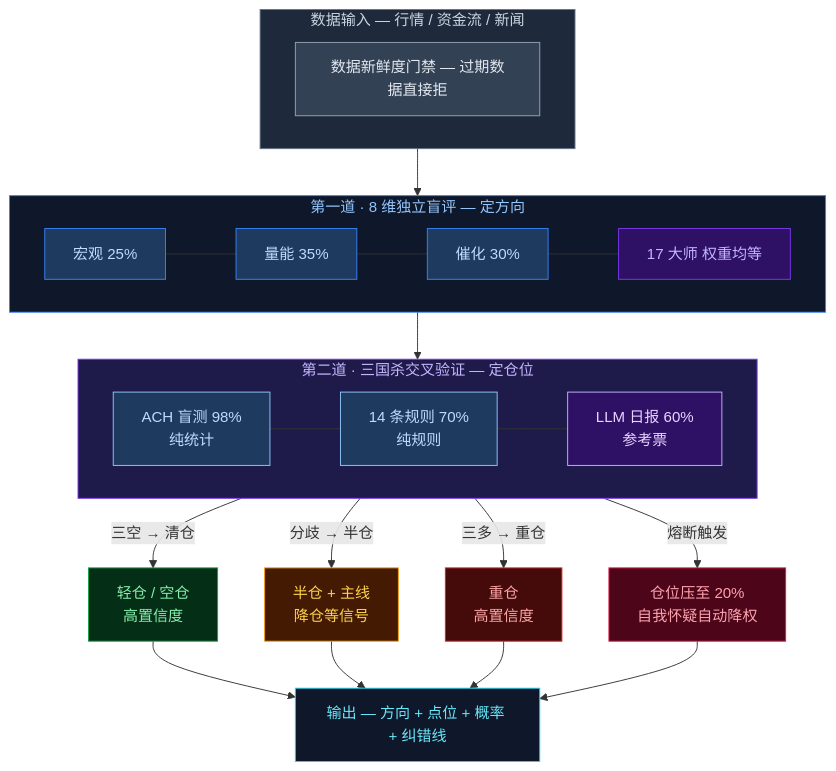
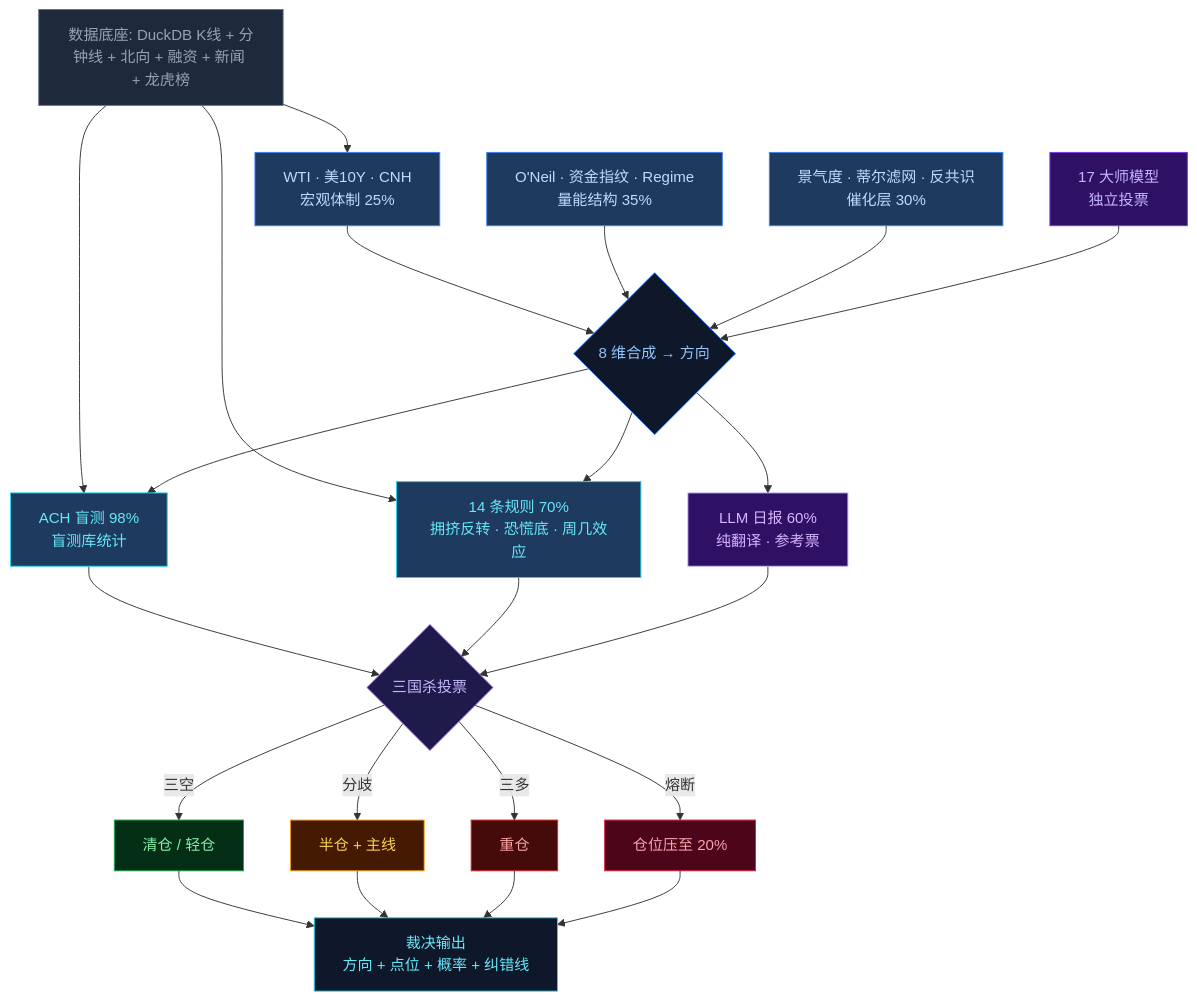
Before and after one commit to ZHENchenghao/tianyan-stock-multiagent: the second of 3 diagrams in README.md, drawn with Mermaid.

Commit message:
架构图平铺+标注数据源

````diff
--- a/README.md
+++ b/README.md
@@ -69,45 +69,59 @@
 ```mermaid
 graph TB
-    subgraph INPUT["数据输入 — 行情 / 资金流 / 新闻"]
-        D0["数据新鲜度门禁 — 过期数据直接拒"]
-    end
+    D0["数据底座: DuckDB K线 + 分钟线 + 北向 + 融资 + 新闻 + 龙虎榜"]
 
-    subgraph L1["第一道 · 8 维独立盲评 — 定方向"]
-        direction LR
-        D1["宏观 25%"] --- D2["量能 35%"] --- D3["催化 30%"] --- D4["17 大师 权重均等"]
-    end
+    D1["WTI · 美10Y · CNH<br/>宏观体制 25%"]
+    D2["O'Neil · 资金指纹 · Regime<br/>量能结构 35%"]
+    D3["景气度 · 蒂尔滤网 · 反共识<br/>催化层 30%"]
+    D4["17 大师模型<br/>独立投票"]
 
-    subgraph L2["第二道 · 三国杀交叉验证 — 定仓位"]
-        direction LR
-        V1["ACH 盲测 98%<br/>纯统计"] --- V2["14 条规则 70%<br/>纯规则"] --- V3["LLM 日报 60%<br/>参考票"]
-    end
+    V1["ACH 盲测 98%<br/>盲测库统计"]
+    V2["14 条规则 70%<br/>拥挤反转 · 恐慌底 · 周几效应"]
+    V3["LLM 日报 60%<br/>纯翻译 · 参考票"]
 
-    INPUT --> L1 --> L2
+    D1 --> E
+    D2 --> E
+    D3 --> E
+    D4 --> E
+    D0 --> D1
+    D0 --> V1
+    D0 --> V2
 
-    L2 -->|"三空 → 清仓"| OUT_LIGHT["轻仓 / 空仓<br/>高置信度"]
-    L2 -->|"分歧 → 半仓"| OUT_HALF["半仓 + 主线<br/>降仓等信号"]
-    L2 -->|"三多 → 重仓"| OUT_HEAVY["重仓<br/>高置信度"]
-    L2 -->|"熔断触发"| FUSE["仓位压至 20%<br/>自我怀疑自动降权"]
+    E{"8 维合成 → 方向"}
 
-    OUT_LIGHT --> FINAL["输出 — 方向 + 点位 + 概率 + 纠错线"]
-    OUT_HALF --> FINAL
-    OUT_HEAVY --> FINAL
-    FUSE --> FINAL
+    E --> V1
+    E --> V2
+    E --> V3
 
-    style INPUT fill:#1e293b,stroke:#64748b,color:#cbd5e1
-    style L1 fill:#0f172a,stroke:#3b82f6,color:#93c5fd
-    style L2 fill:#1e1b4b,stroke:#7c3aed,color:#c4b5fd
-    style OUT_LIGHT fill:#052e16,stroke:#16a34a,color:#86efac
-    style OUT_HALF fill:#451a03,stroke:#f59e0b,color:#fcd34d
-    style OUT_HEAVY fill:#450a0a,stroke:#dc2626,color:#fca5a5
-    style FUSE fill:#4c0519,stroke:#e11d48,color:#fda4af
-    style FINAL fill:#0f172a,stroke:#22d3ee,color:#67e8f9
-    style D0 fill:#334155,stroke:#94a3b8,color:#e2e8f0
+    V1 --> GATE
+    V2 --> GATE
+    V3 --> GATE
+
+    GATE{"三国杀投票"}
+
+    GATE -->|三空| L["清仓 / 轻仓"]
+    GATE -->|分歧| M["半仓 + 主线"]
+    GATE -->|三多| H["重仓"]
+    GATE -->|熔断| F["仓位压至 20%"]
+
+    L --> OUT["裁决输出<br/>方向 + 点位 + 概率 + 纠错线"]
+    M --> OUT
+    H --> OUT
+    F --> OUT
+
+    style D0 fill:#1e293b,stroke:#64748b,color:#94a3b8
     style D1 fill:#1e3a5f,stroke:#3b82f6,color:#bfdbfe
     style D2 fill:#1e3a5f,stroke:#3b82f6,color:#bfdbfe
     style D3 fill:#1e3a5f,stroke:#3b82f6,color:#bfdbfe
     style D4 fill:#2e1065,stroke:#7c3aed,color:#c4b5fd
-    style V1 fill:#1e3a5f,stroke:#93c5fd,color:#bfdbfe
-    style V2 fill:#1e3a5f,stroke:#93c5fd,color:#bfdbfe
-    style V3 fill:#2e1065,stroke:#c4b5fd,color:#e9d5ff
+    style E fill:#0f172a,stroke:#3b82f6,color:#93c5fd
+    style V1 fill:#1e3a5f,stroke:#22d3ee,color:#67e8f9
+    style V2 fill:#1e3a5f,stroke:#22d3ee,color:#67e8f9
+    style V3 fill:#2e1065,stroke:#c4b5fd,color:#d8b4fe
+    style GATE fill:#1e1b4b,stroke:#a855f7,color:#c4b5fd
+    style L fill:#052e16,stroke:#16a34a,color:#86efac
+    style M fill:#451a03,stroke:#f59e0b,color:#fcd34d
+    style H fill:#450a0a,stroke:#dc2626,color:#fca5a5
+    style F fill:#4c0519,stroke:#e11d48,color:#fda4af
+    style OUT fill:#0f172a,stroke:#22d3ee,color:#67e8f9
 ```
````
